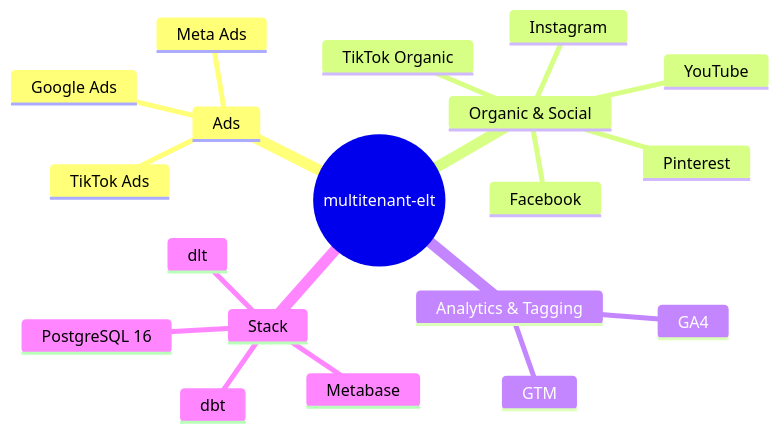
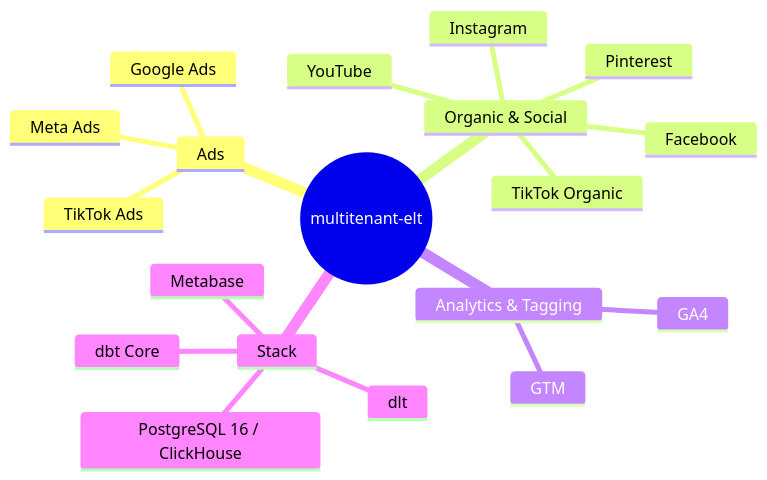
The diagram in README.md (Developmi/multitenant-elt), drawn with Mermaid before and after one commit. The commit also changed other lines of this file, not shown here.

````diff
--- a/README.md
+++ b/README.md
@@ -25,22 +25,22 @@
 ```mermaid
 mindmap
   ((multitenant-elt))
     Ads
       Meta Ads
       TikTok Ads
       Google Ads
     Organic &amp; Social
       Facebook
       Instagram
       TikTok Organic
       YouTube
       Pinterest
     Analytics &amp; Tagging
       GA4
       GTM
     Stack
       dlt
-      PostgreSQL 16
-      dbt
+      dbt Core
+      PostgreSQL 16 / ClickHouse
       Metabase
 ```
````
